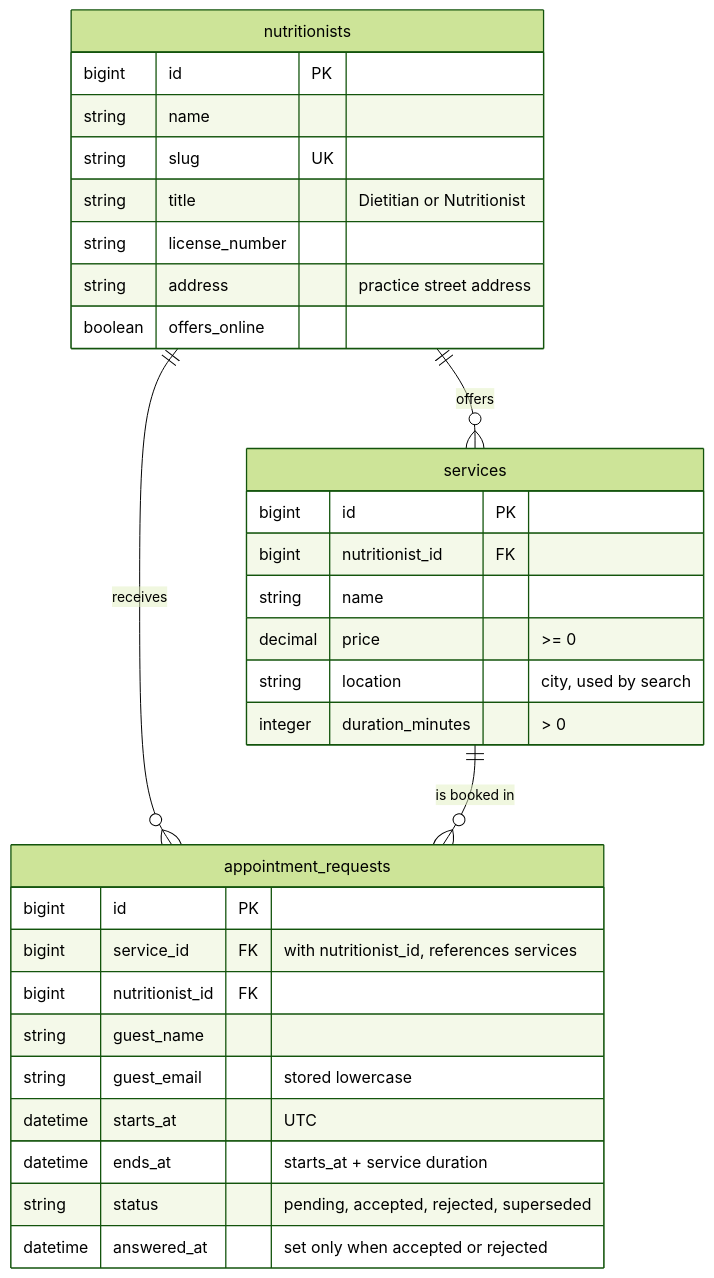
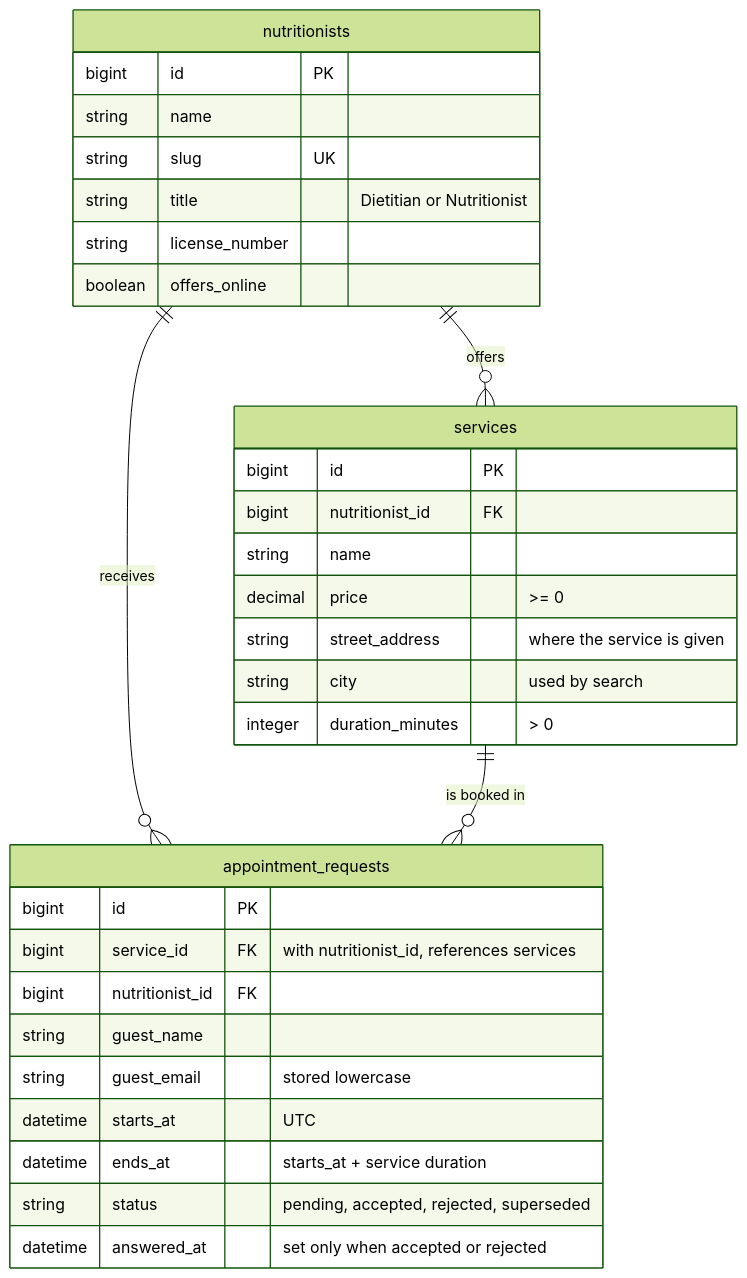
One commit to rgllm/NutriBook changed the diagram in README.md. Above: the diagram before and after it, drawn with Mermaid (forest theme). The commit also changed other lines of this file and 19 other files, not shown here.

````diff
--- a/README.md
+++ b/README.md
@@ -64,37 +64,37 @@
 ```mermaid
 erDiagram
     nutritionists ||--o{ services : offers
     nutritionists ||--o{ appointment_requests : receives
     services ||--o{ appointment_requests : "is booked in"
 
     nutritionists {
         bigint id PK
         string name
         string slug UK
         string title "Dietitian or Nutritionist"
         string license_number
-        string address "practice street address"
         boolean offers_online
     }
 
     services {
         bigint id PK
         bigint nutritionist_id FK
         string name
         decimal price ">= 0"
-        string location "city, used by search"
+        string street_address "where the service is given"
+        string city "used by search"
         integer duration_minutes "> 0"
     }
 
     appointment_requests {
         bigint id PK
         bigint service_id FK "with nutritionist_id, references services"
         bigint nutritionist_id FK
         string guest_name
         string guest_email "stored lowercase"
         datetime starts_at "UTC"
         datetime ends_at "starts_at + service duration"
         string status "pending, accepted, rejected, superseded"
         datetime answered_at "set only when accepted or rejected"
     }
 ```
````
